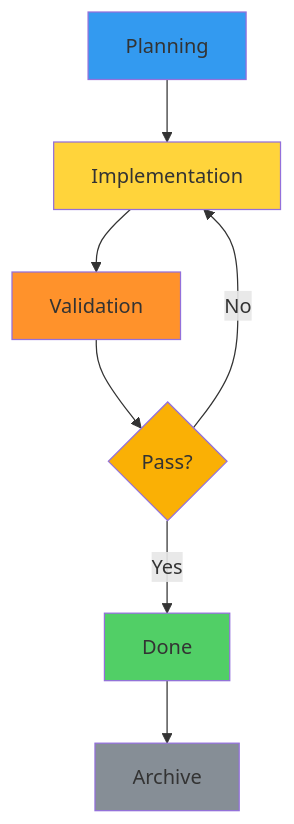
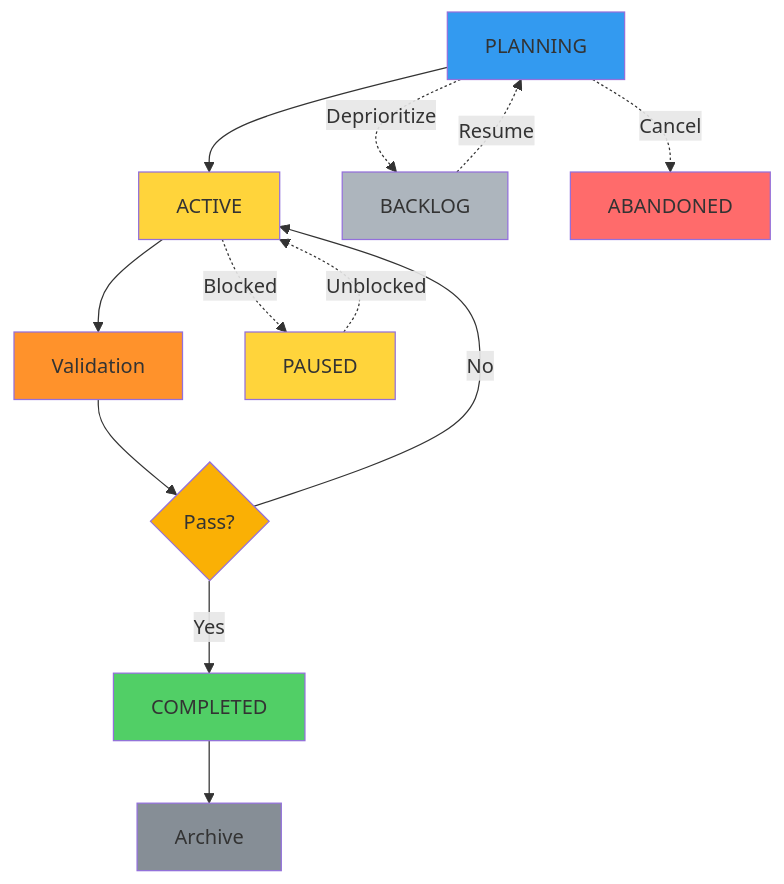
Before and after one commit to anton-abyzov/specweave: the second of 3 diagrams in .specweave/docs/public/glossary/terms/increments.md, drawn with Mermaid. The commit also changed other lines of this file and 29 other files, not shown here.

````diff
--- a/.specweave/docs/public/glossary/terms/increments.md
+++ b/.specweave/docs/public/glossary/terms/increments.md
@@ -327,16 +333,24 @@
 ```mermaid
 graph TB
-    A[Planning] --> B[Implementation]
+    A[PLANNING] --> B[ACTIVE]
     B --> C[Validation]
     C --> D{Pass?}
-    D -->|Yes| E[Done]
+    D -->|Yes| E[COMPLETED]
     D -->|No| B
     E --> F[Archive]
+    A -.->|Deprioritize| G[BACKLOG]
+    G -.->|Resume| A
+    A -.->|Cancel| H[ABANDONED]
+    B -.->|Blocked| I[PAUSED]
+    I -.->|Unblocked| B
 
     style A fill:#339af0
     style B fill:#ffd43b
     style C fill:#ff922b
     style D fill:#fab005
     style E fill:#51cf66
     style F fill:#868e96
+    style G fill:#adb5bd
+    style H fill:#ff6b6b
+    style I fill:#ffd43b
 ```
````
